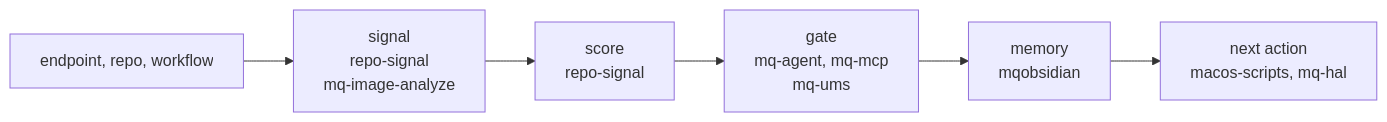
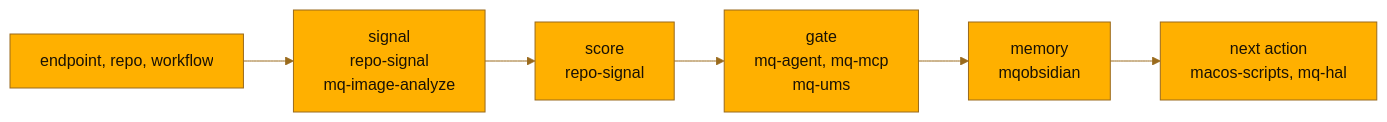
One commit to MCamner/MCamner changed the first of 2 diagrams in README.md. Above: the diagram before and after it, drawn with Mermaid. The commit also changed other lines of this file, not shown here.

````diff
--- a/README.md
+++ b/README.md
@@ -33,8 +33,9 @@
 ```mermaid
+%%{init: {"theme": "base", "themeVariables": {"primaryColor": "#ffb000", "primaryTextColor": "#1a1205", "primaryBorderColor": "#9a6a1c", "lineColor": "#9a6a1c", "edgeLabelBackground": "#ffe2a3", "fontFamily": "JetBrains Mono, ui-monospace, monospace"}}}%%
 flowchart LR
   in["endpoint, repo, workflow"] --> signal["signal<br/>repo-signal<br/>mq-image-analyze"]
   signal --> score["score<br/>repo-signal"]
   score --> gate["gate<br/>mq-agent, mq-mcp<br/>mq-ums"]
   gate --> memory["memory<br/>mqobsidian"]
   memory --> act["next action<br/>macos-scripts, mq-hal"]
 ```
````
